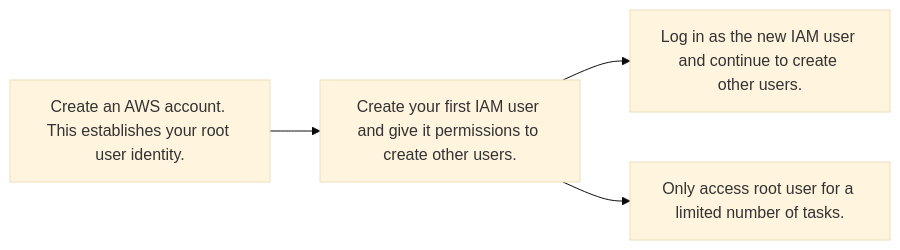
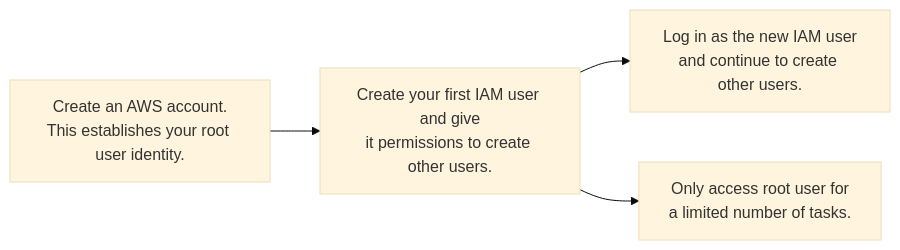
One commit to rmarasigan/aws-essentials changed the first of 4 diagrams in cloud-practitioner-essentials/aws-iam.md. Above: the diagram before and after it, drawn with Mermaid (base theme). The commit also changed other lines of this file and 8 other files, not shown here.

````diff
--- a/cloud-practitioner-essentials/aws-iam.md
+++ b/cloud-practitioner-essentials/aws-iam.md
@@ -17,6 +17,6 @@
 ```mermaid
 graph LR
-    A[Create an AWS account. This establishes your root user identity.] --> B[Create your first IAM user and give it permissions to create other users.]
-    B --> C[Log in as the new IAM user and continue to create other users.]
-    B --> D[Only access root user for a limited number of tasks.]
+    A[Create an AWS account.<br>This establishes your root user identity.] --> B[Create your first IAM user and give<br>it permissions to create other users.]
+    B --> C[Log in as the new IAM user<br>and continue to create other users.]
+    B --> D[Only access root user for<br>a limited number of tasks.]
 ```
````
